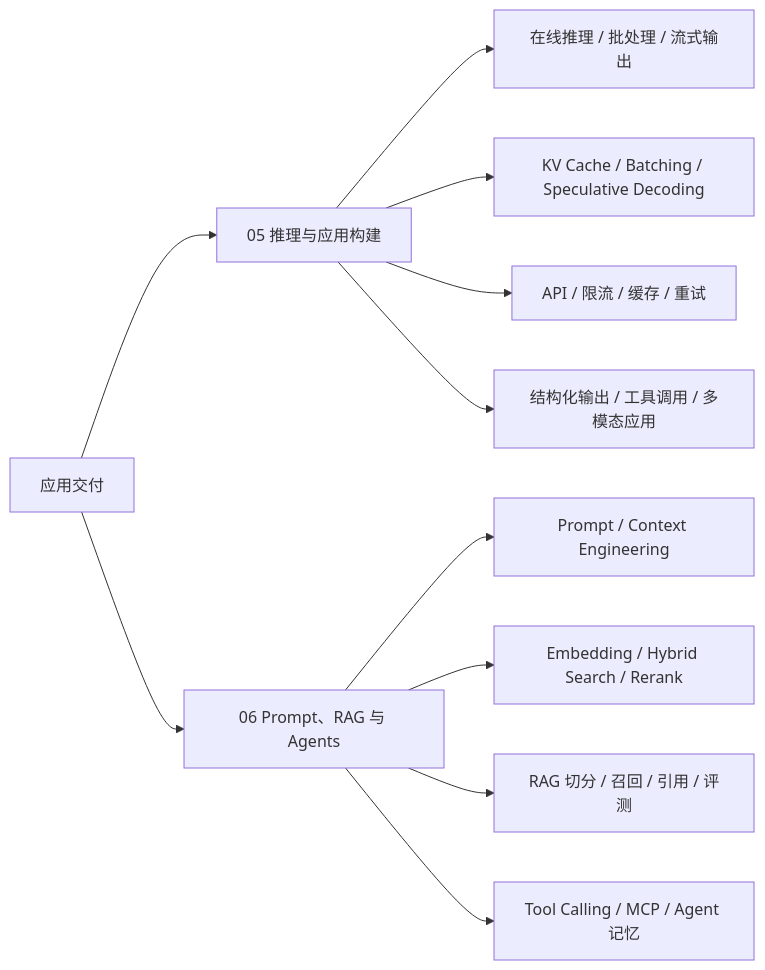
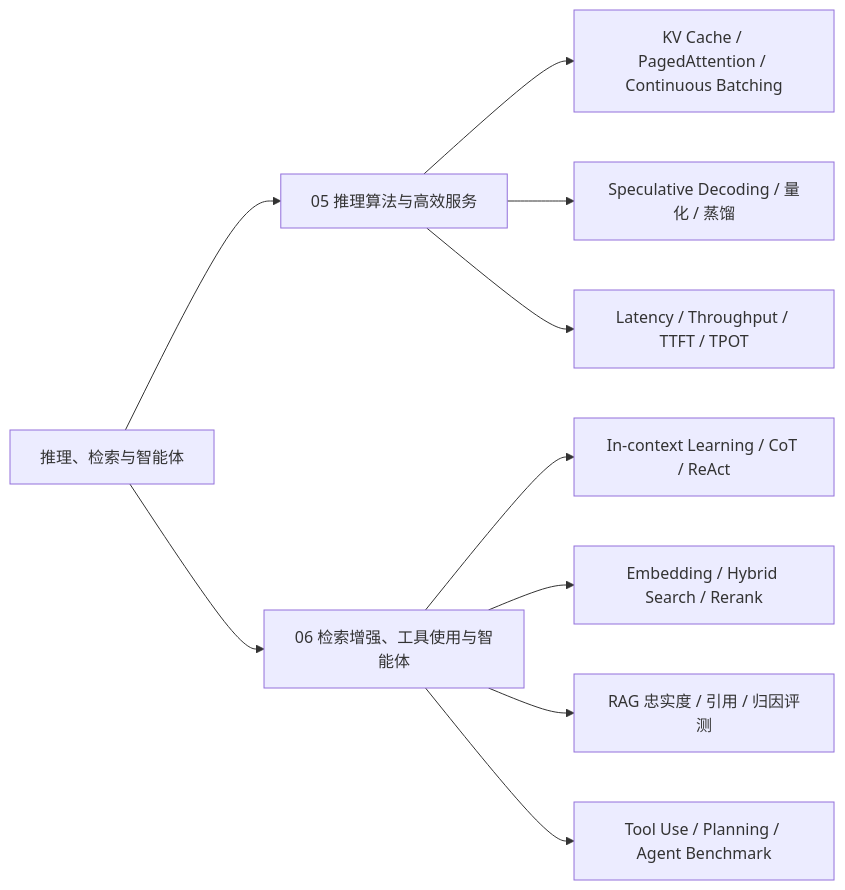
One commit to AmourSec/aikg changed the fourth of 6 diagrams in docs/knowledge-map.md. Above: the diagram before and after it, drawn with Mermaid. The commit also changed other lines of this file and 22 other files, not shown here.

````diff
--- a/docs/knowledge-map.md
+++ b/docs/knowledge-map.md
@@ -117,18 +117,17 @@
 ```mermaid
 flowchart LR
-  S3["应用交付"] --> M05["05 推理与应用构建"]
-  S3 --> M06["06 Prompt、RAG 与 Agents"]
+  S3["推理、检索与智能体"] --> M05["05 推理算法与高效服务"]
+  S3 --> M06["06 检索增强、工具使用与智能体"]
 
-  M05 --> F1["在线推理 / 批处理 / 流式输出"]
-  M05 --> F2["KV Cache / Batching / Speculative Decoding"]
-  M05 --> F3["API / 限流 / 缓存 / 重试"]
-  M05 --> F4["结构化输出 / 工具调用 / 多模态应用"]
+  M05 --> F1["KV Cache / PagedAttention / Continuous Batching"]
+  M05 --> F2["Speculative Decoding / 量化 / 蒸馏"]
+  M05 --> F3["Latency / Throughput / TTFT / TPOT"]
 
-  M06 --> G1["Prompt / Context Engineering"]
+  M06 --> G1["In-context Learning / CoT / ReAct"]
   M06 --> G2["Embedding / Hybrid Search / Rerank"]
-  M06 --> G3["RAG 切分 / 召回 / 引用 / 评测"]
-  M06 --> G4["Tool Calling / MCP / Agent 记忆"]
+  M06 --> G3["RAG 忠实度 / 引用 / 归因评测"]
+  M06 --> G4["Tool Use / Planning / Agent Benchmark"]
 
-  click M05 "../05-inference-apps/" "打开推理与应用构建"
-  click M06 "../06-prompt-rag-agents/" "打开 Prompt、RAG 与 Agents"
+  click M05 "../05-inference-apps/" "打开推理算法与高效服务"
+  click M06 "../06-prompt-rag-agents/" "打开检索增强、工具使用与智能体"
 ```
````
